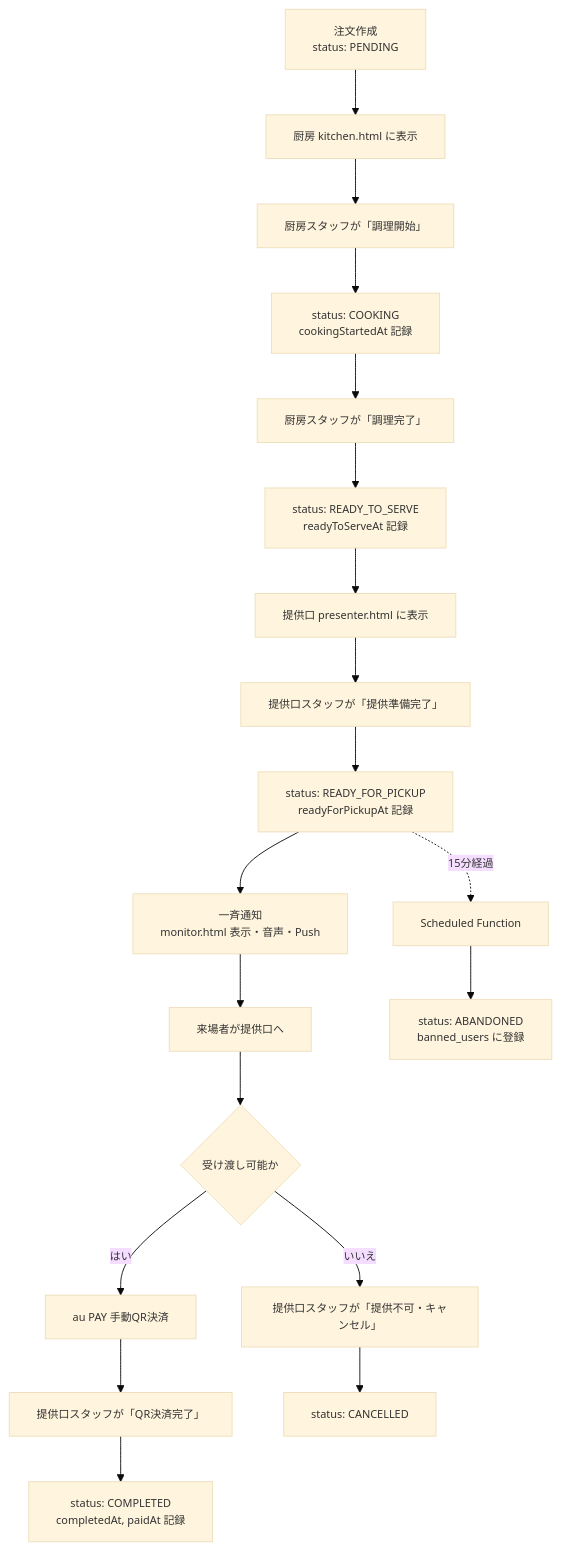
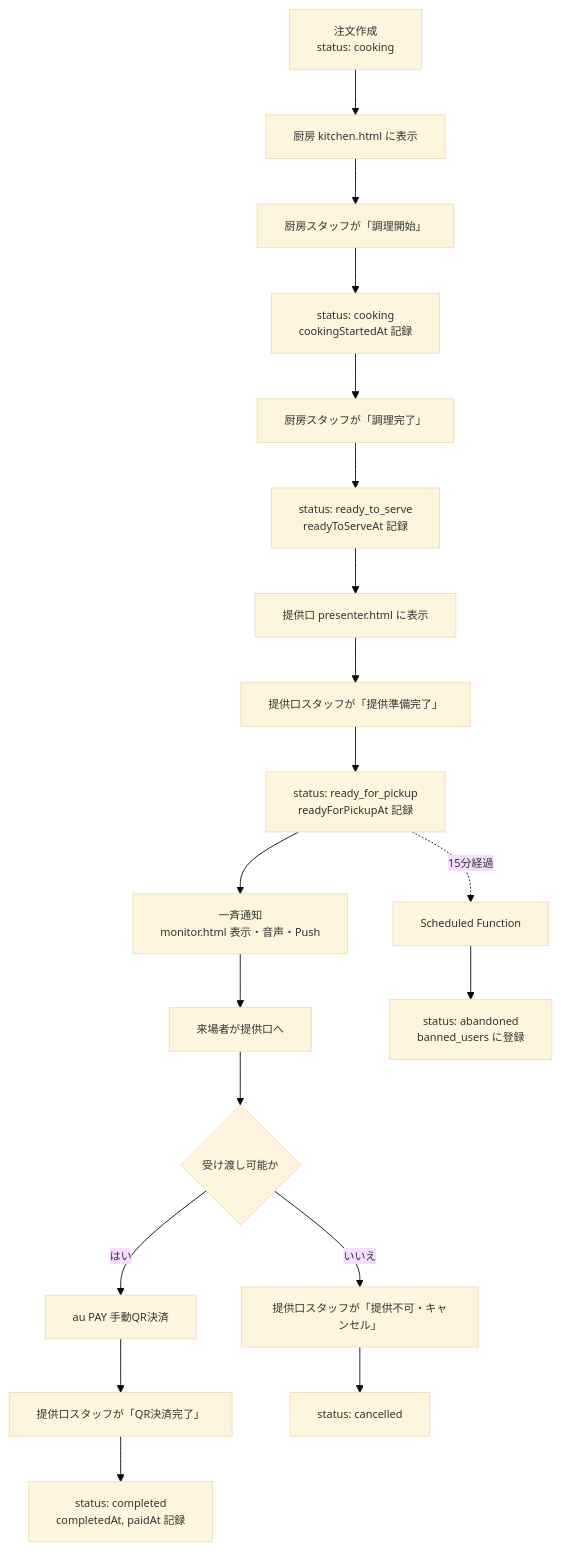
One commit to ynr-cs/nanryosai2026 changed diagram 13 of 17 in 設計図/南陵祭2026 POS・モバイルオーダーシステム 設計計画書.md. Above: the diagram before and after it, drawn with Mermaid. The commit also changed other lines of this file and 2 other files, not shown here.

Commit message:
chore: configure markdown-preview-enhanced to use Kroki PlantUML server

````diff
--- a/設計図/南陵祭2026 POS・モバイルオーダーシステム 設計計画書.md
+++ b/設計図/南陵祭2026 POS・モバイルオーダーシステム 設計計画書.md
@@ -3156,23 +3144,23 @@
 ```mermaid
 %%{init: {'theme': 'base', 'themeVariables': { 'fontSize': '12px' }}}%%
 flowchart TD
-    A[注文作成<br/>status: PENDING] --> B[厨房 kitchen.html に表示]
+    A[注文作成<br/>status: cooking] --> B[厨房 kitchen.html に表示]
     B --> C[厨房スタッフが「調理開始」]
-    C --> D[status: COOKING<br/>cookingStartedAt 記録]
+    C --> D[status: cooking<br/>cookingStartedAt 記録]
     D --> E[厨房スタッフが「調理完了」]
-    E --> F[status: READY_TO_SERVE<br/>readyToServeAt 記録]
+    E --> F[status: ready_to_serve<br/>readyToServeAt 記録]
     F --> G[提供口 presenter.html に表示]
     G --> H[提供口スタッフが「提供準備完了」]
-    H --> I[status: READY_FOR_PICKUP<br/>readyForPickupAt 記録]
+    H --> I[status: ready_for_pickup<br/>readyForPickupAt 記録]
     I --> J[一斉通知<br/>monitor.html 表示・音声・Push]
     J --> K[来場者が提供口へ]
     K --> L{受け渡し可能か}
     L -->|はい| M[au PAY 手動QR決済]
     M --> N[提供口スタッフが「QR決済完了」]
-    N --> O[status: COMPLETED<br/>completedAt, paidAt 記録]
+    N --> O[status: completed<br/>completedAt, paidAt 記録]
     L -->|いいえ| P[提供口スタッフが「提供不可・キャンセル」]
-    P --> Q[status: CANCELLED]
+    P --> Q[status: cancelled]
     
     I -.->|15分経過| R[Scheduled Function]
-    R --> S[status: ABANDONED<br/>banned_users に登録]
+    R --> S[status: abandoned<br/>banned_users に登録]
 ```
````
